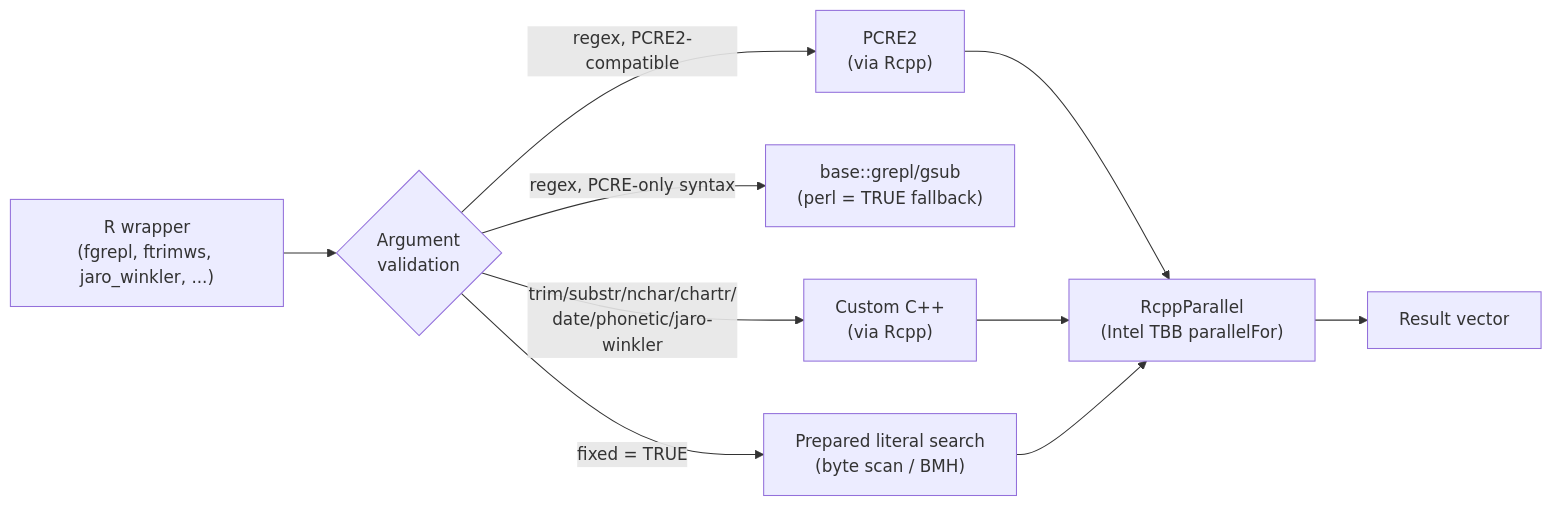
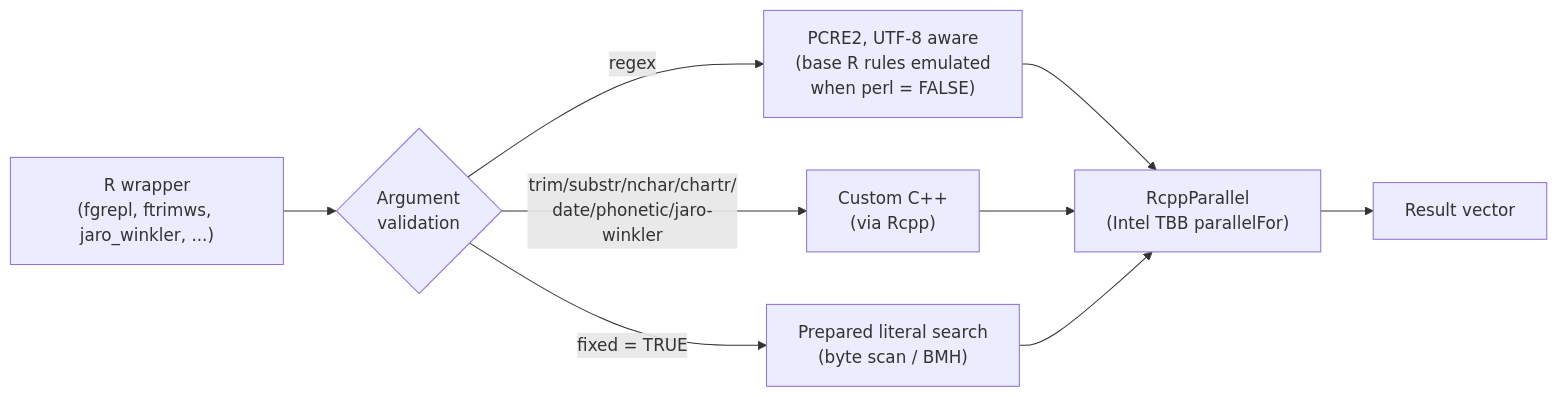
Before and after one commit to KyleHaynes/fast.string: the diagram in docs/01-about.qmd, drawn with Mermaid. The commit also changed other lines of this file and 17 other files, not shown here.

````diff
--- a/docs/01-about.qmd
+++ b/docs/01-about.qmd
@@ -60,12 +60,11 @@
 ```{mermaid}
 flowchart LR
     A["R wrapper\n(fgrepl, ftrimws, jaro_winkler, ...)"] --> B{Argument\nvalidation}
     B -->|fixed = TRUE| C["Prepared literal search\n(byte scan / BMH)"]
-    B -->|regex, PCRE-only syntax| D["base::grepl/gsub\n(perl = TRUE fallback)"]
-    B -->|regex, PCRE2-compatible| E["PCRE2\n(via Rcpp)"]
+    B -->|regex| E["PCRE2, UTF-8 aware\n(base R rules emulated\nwhen perl = FALSE)"]
     B -->|trim/substr/nchar/chartr/\ndate/phonetic/jaro-winkler| F["Custom C++\n(via Rcpp)"]
     E --> G["RcppParallel\n(Intel TBB parallelFor)"]
     F --> G
     C --> G
     G --> H[Result vector]
 ```
````
